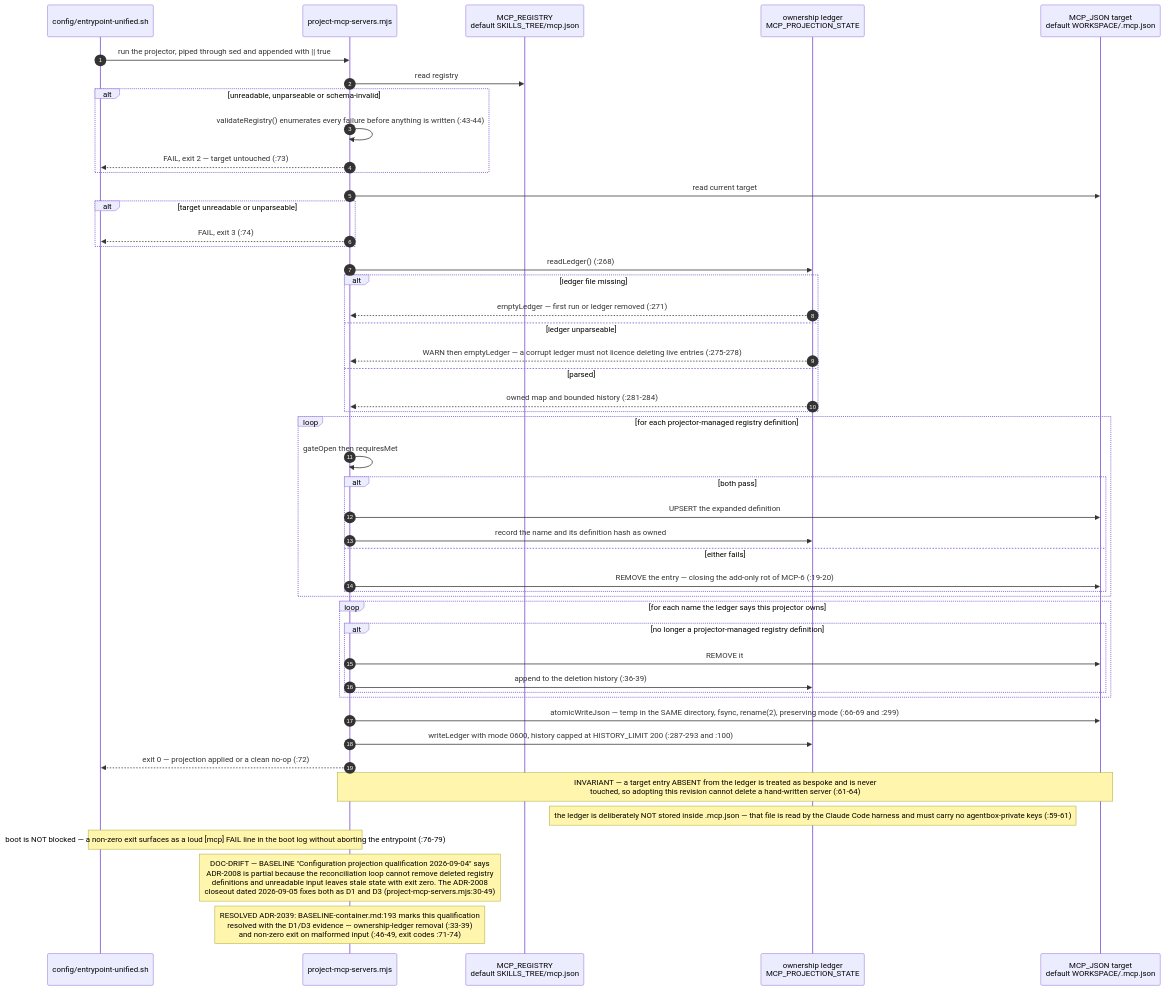
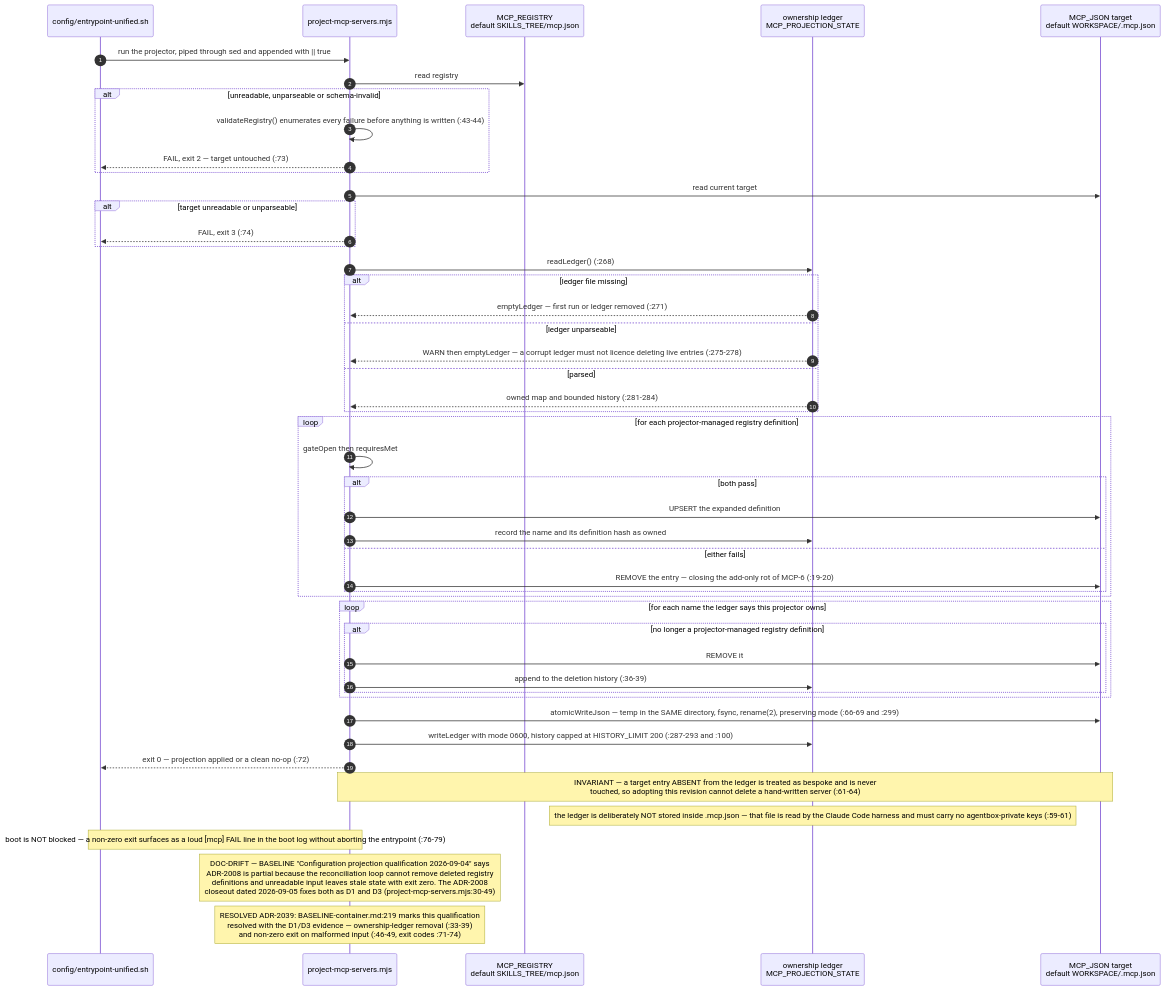
One commit to DreamLab-AI/VisionFlow changed the third of 7 diagrams in docs/diagrams/agentbox/09-mcp-servers-catalogue.md. Above: the diagram before and after it, drawn with Mermaid. The commit also changed other lines of this file and 185 other files, not shown here.

Commit message:
docs(estate): reconcile diagrams and ADRs with source and define closeout sprint

````diff
--- a/docs/diagrams/agentbox/09-mcp-servers-catalogue.md
+++ b/docs/diagrams/agentbox/09-mcp-servers-catalogue.md
@@ -77,51 +78,51 @@
 ```mermaid
 sequenceDiagram
     autonumber
     participant EP as config/entrypoint-unified.sh
     participant P as project-mcp-servers.mjs
     participant REG as MCP_REGISTRY<br/>default SKILLS_TREE/mcp.json
     participant LED as ownership ledger<br/>MCP_PROJECTION_STATE
     participant T as MCP_JSON target<br/>default WORKSPACE/.mcp.json
 
     EP->>P: run the projector, piped through sed and appended with || true
     P->>REG: read registry
     alt unreadable, unparseable or schema-invalid
         P->>P: validateRegistry() enumerates every failure before anything is written (:43-44)
         P-->>EP: FAIL, exit 2 — target untouched (:73)
     end
     P->>T: read current target
     alt target unreadable or unparseable
         P-->>EP: FAIL, exit 3 (:74)
     end
     P->>LED: readLedger() (:268)
     alt ledger file missing
         LED-->>P: emptyLedger — first run or ledger removed (:271)
     else ledger unparseable
         LED-->>P: WARN then emptyLedger — a corrupt ledger must not licence deleting live entries (:275-278)
     else parsed
         LED-->>P: owned map and bounded history (:281-284)
     end
     loop for each projector-managed registry definition
         P->>P: gateOpen then requiresMet
         alt both pass
             P->>T: UPSERT the expanded definition
             P->>LED: record the name and its definition hash as owned
         else either fails
             P->>T: REMOVE the entry — closing the add-only rot of MCP-6 (:19-20)
         end
     end
     loop for each name the ledger says this projector owns
         alt no longer a projector-managed registry definition
             P->>T: REMOVE it
             P->>LED: append to the deletion history (:36-39)
         end
     end
     P->>T: atomicWriteJson — temp in the SAME directory, fsync, rename(2), preserving mode (:66-69 and :299)
     P->>LED: writeLedger with mode 0600, history capped at HISTORY_LIMIT 200 (:287-293 and :100)
     P-->>EP: exit 0 — projection applied or a clean no-op (:72)
     Note over P,T: INVARIANT — a target entry ABSENT from the ledger is treated as bespoke and is never<br/>touched, so adopting this revision cannot delete a hand-written server (:61-64)
     Note over LED: the ledger is deliberately NOT stored inside .mcp.json — that file is read by the Claude Code harness and must carry no agentbox-private keys (:59-61)
     Note over EP,P: boot is NOT blocked — a non-zero exit surfaces as a loud [mcp] FAIL line in the boot log without aborting the entrypoint (:76-79)
     Note over P: DOC-DRIFT — BASELINE "Configuration projection qualification 2026-09-04" says<br/>ADR-2008 is partial because the reconciliation loop cannot remove deleted registry<br/>definitions and unreadable input leaves stale state with exit zero. The ADR-2008<br/>closeout dated 2026-09-05 fixes both as D1 and D3 (project-mcp-servers.mjs:30-49)
-    Note over P: RESOLVED ADR-2039: BASELINE-container.md:193 marks this qualification<br/>resolved with the D1/D3 evidence — ownership-ledger removal (:33-39)<br/>and non-zero exit on malformed input (:46-49, exit codes :71-74)
+    Note over P: RESOLVED ADR-2039: BASELINE-container.md:219 marks this qualification<br/>resolved with the D1/D3 evidence — ownership-ledger removal (:33-39)<br/>and non-zero exit on malformed input (:46-49, exit codes :71-74)
 ```
````
